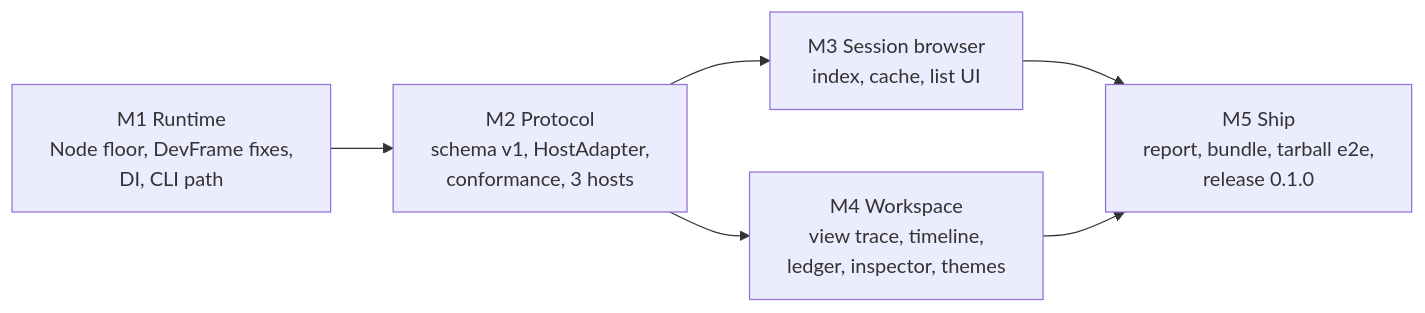
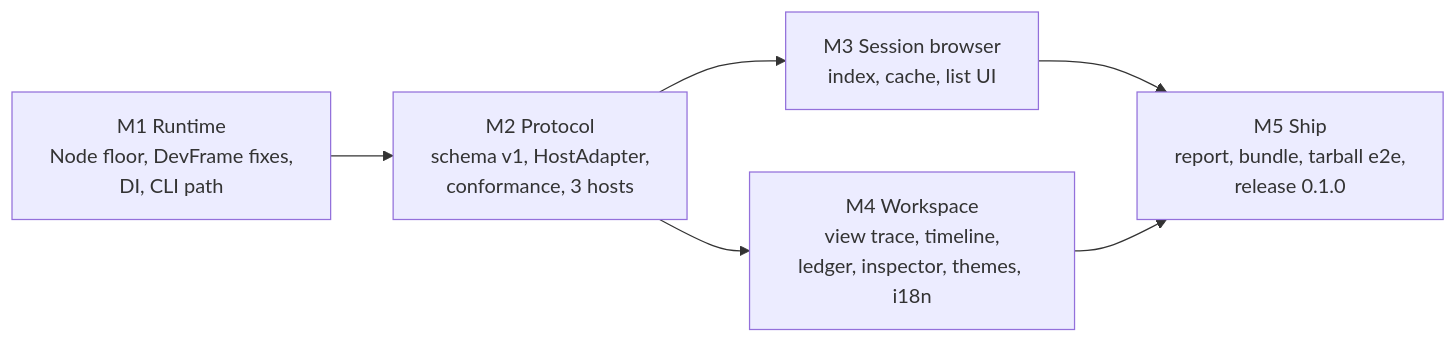
One commit to PerfectPan/estela changed the fourth of 4 diagrams in docs/plans/0001-external-release.md. Above: the diagram before and after it, drawn with Mermaid. The commit also changed other lines of this file and 4 other files, not shown here.

````diff
--- a/docs/plans/0001-external-release.md
+++ b/docs/plans/0001-external-release.md
@@ -449,8 +462,8 @@
 ```mermaid
 flowchart LR
   m1["M1 Runtime<br/>Node floor, DevFrame fixes,<br/>DI, CLI path"] --> m2["M2 Protocol<br/>schema v1, HostAdapter,<br/>conformance, 3 hosts"]
   m2 --> m3["M3 Session browser<br/>index, cache, list UI"]
-  m2 --> m4["M4 Workspace<br/>view trace, timeline,<br/>ledger, inspector, themes"]
+  m2 --> m4["M4 Workspace<br/>view trace, timeline,<br/>ledger, inspector, themes, i18n"]
   m3 --> m5["M5 Ship<br/>report, bundle, tarball e2e,<br/>release 0.1.0"]
   m4 --> m5
 ```
````
